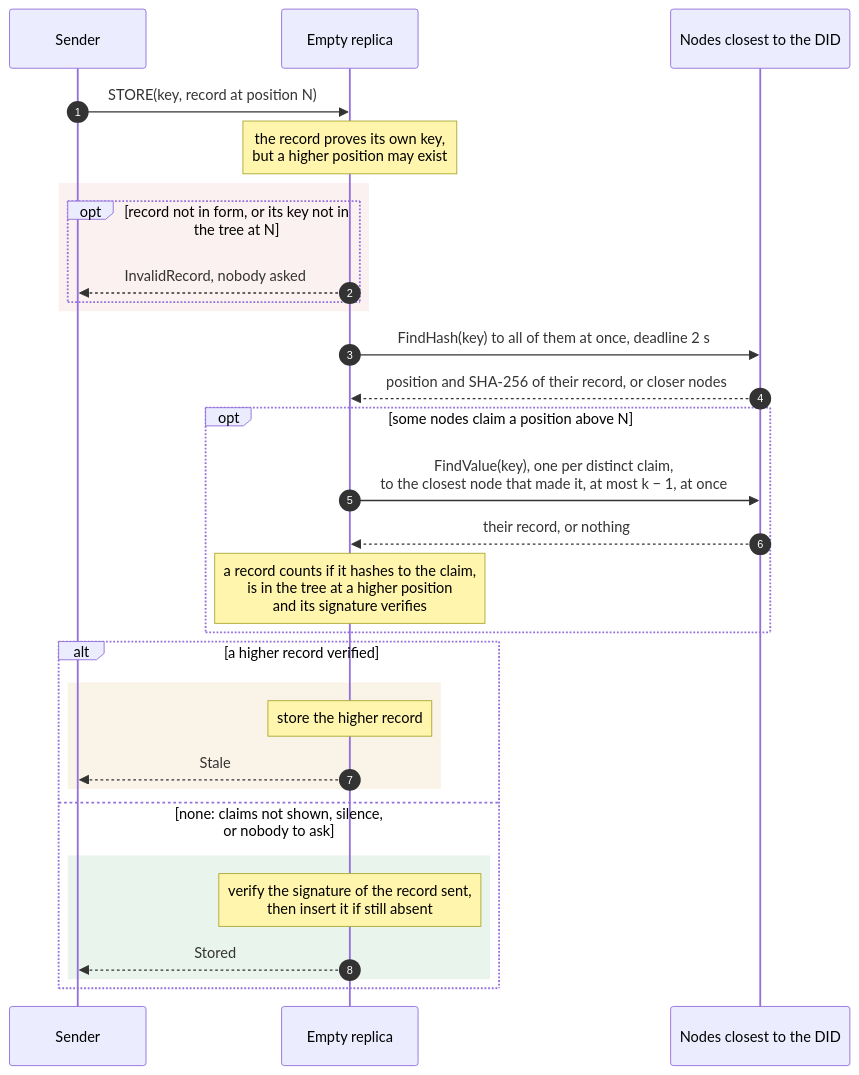
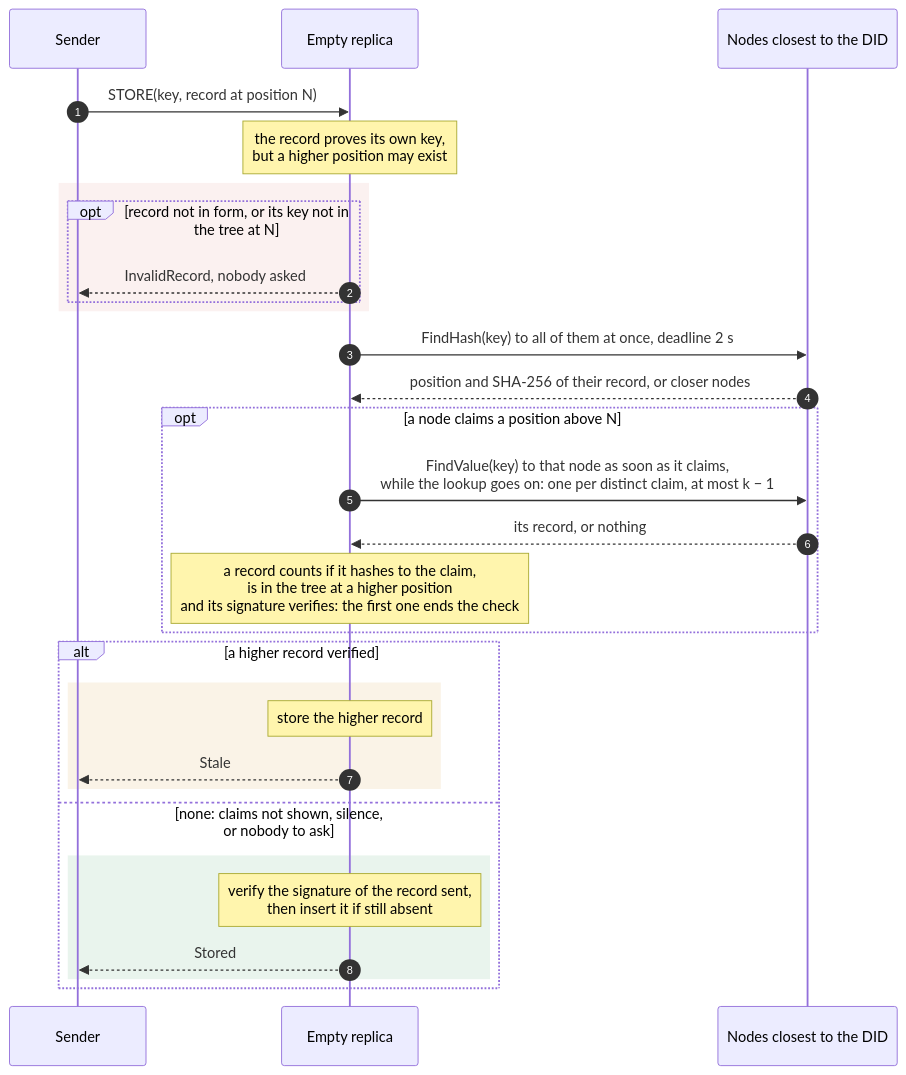
The diagram in docs/design/store-check.mmd (fratrung/auth-kademlia-rs), drawn with Mermaid before and after one commit. The commit also changed 7 other files, not shown here.

First line of the commit message:
fix(protocol): fetch each claimed record as soon as it is claimed

```diff
--- a/docs/design/store-check.mmd
+++ b/docs/design/store-check.mmd
@@ -1,30 +1,30 @@
 sequenceDiagram
     autonumber
     participant S as Sender
     participant R as Empty replica
     participant C as Nodes closest to the DID
     S->>R: STORE(key, record at position N)
     Note over R: the record proves its own key,<br/>but a higher position may exist
     rect rgba(192, 57, 43, 0.07)
     opt record not in form, or its key not in the tree at N
         R-->>S: InvalidRecord, nobody asked
     end
     end
     R->>C: FindHash(key) to all of them at once, deadline 2 s
     C-->>R: position and SHA-256 of their record, or closer nodes
-    opt some nodes claim a position above N
-        R->>C: FindValue(key), one per distinct claim,<br/>to the closest node that made it, at most k − 1, at once
-        C-->>R: their record, or nothing
-        Note over R: a record counts if it hashes to the claim,<br/>is in the tree at a higher position<br/>and its signature verifies
+    opt a node claims a position above N
+        R->>C: FindValue(key) to that node as soon as it claims,<br/>while the lookup goes on: one per distinct claim, at most k − 1
+        C-->>R: its record, or nothing
+        Note over R: a record counts if it hashes to the claim,<br/>is in the tree at a higher position<br/>and its signature verifies: the first one ends the check
     end
     alt a higher record verified
         rect rgba(201, 138, 27, 0.10)
         Note over R: store the higher record
         R-->>S: Stale
         end
     else none: claims not shown, silence, or nobody to ask
         rect rgba(47, 143, 78, 0.10)
         Note over R: verify the signature of the record sent,<br/>then insert it if still absent
         R-->>S: Stored
         end
     end
```
